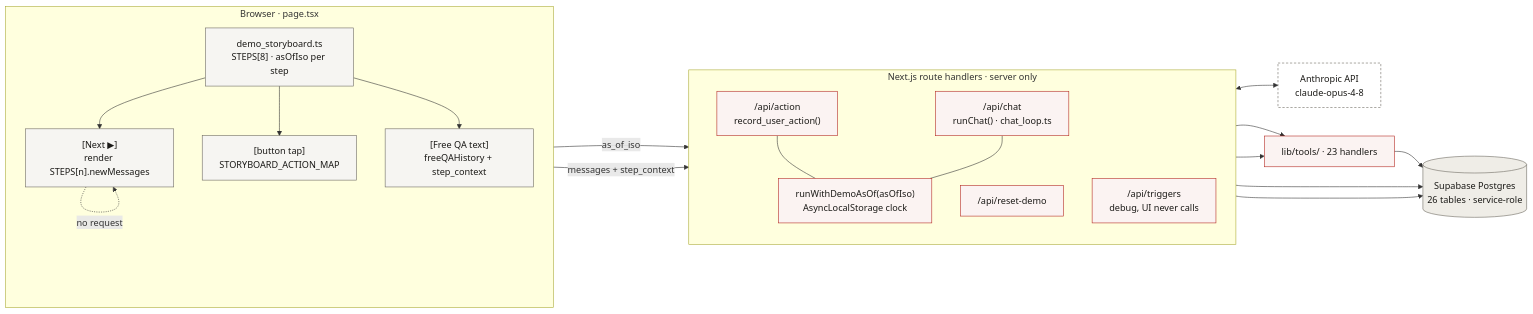
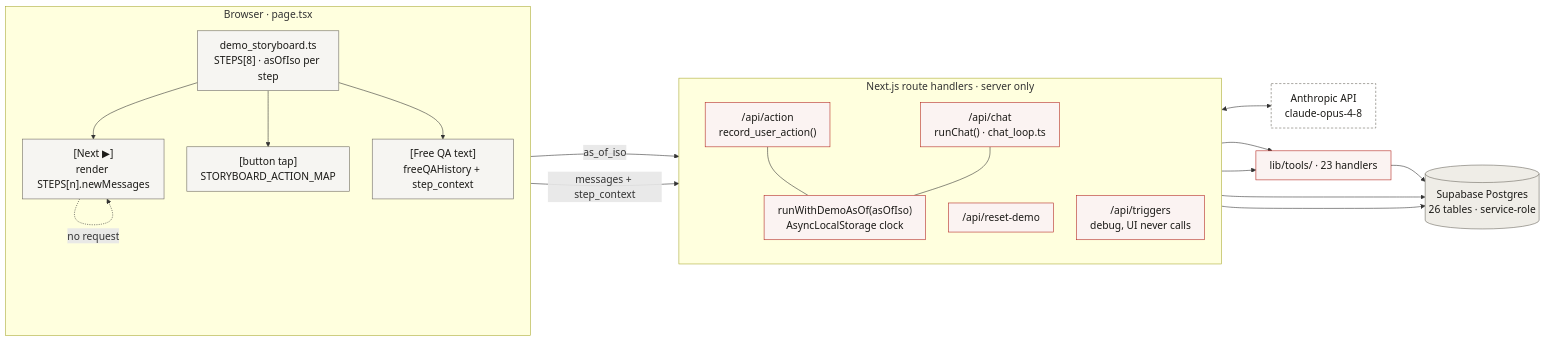
The first of 4 diagrams in docs/01-code-map-and-integration-seams.md (ipark399/hanisa-ai), drawn with Mermaid before and after one commit. The commit also changed other lines of this file and 1 other file, not shown here.

First line of the commit message:
docs: render the four diagrams larger

````diff
--- a/docs/01-code-map-and-integration-seams.md
+++ b/docs/01-code-map-and-integration-seams.md
@@ -334,42 +334,43 @@
 ```mermaid
+%%{init: {"themeVariables": {"fontSize": "18px"}, "flowchart": {"nodeSpacing": 40, "rankSpacing": 60, "padding": 12}}}%%
 flowchart LR
   classDef client fill:#F6F5F2,stroke:#6B675F,color:#1B1A17
   classDef server fill:#FBF3F2,stroke:#B3261E,color:#1B1A17
   classDef store  fill:#EFEDE7,stroke:#6B675F,color:#1B1A17
   classDef ext    fill:#FFFFFF,stroke:#6B675F,color:#1B1A17,stroke-dasharray:4 3
 
   subgraph B["Browser · page.tsx"]
     direction TB
     SB["demo_storyboard.ts<br/>STEPS[8] · asOfIso per step"]:::client
     N["[Next ▶]<br/>render STEPS[n].newMessages"]:::client
     BT["[button tap]<br/>STORYBOARD_ACTION_MAP"]:::client
     FQ["[Free QA text]<br/>freeQAHistory + step_context"]:::client
     SB --> N
     SB --> BT
     SB --> FQ
   end
 
   subgraph S["Next.js route handlers · server only"]
     direction TB
     A["/api/action<br/>record_user_action()"]:::server
     C["/api/chat<br/>runChat() · chat_loop.ts"]:::server
     R["/api/reset-demo"]:::server
     T["/api/triggers<br/>debug, UI never calls"]:::server
     CLK["runWithDemoAsOf(asOfIso)<br/>AsyncLocalStorage clock"]:::server
     A --- CLK
     C --- CLK
   end
 
   DB[("Supabase Postgres<br/>26 tables · service-role")]:::store
   LLM["Anthropic API<br/>claude-opus-4-8"]:::ext
   TOOLS["lib/tools/ · 23 handlers"]:::server
 
   N -. "no request" .-> N
   BT -- "as_of_iso" --> A
   FQ -- "messages + step_context" --> C
   A --> DB
   C --> TOOLS --> DB
   C <--> LLM
   R --> DB
   T --> TOOLS
 ```
````
